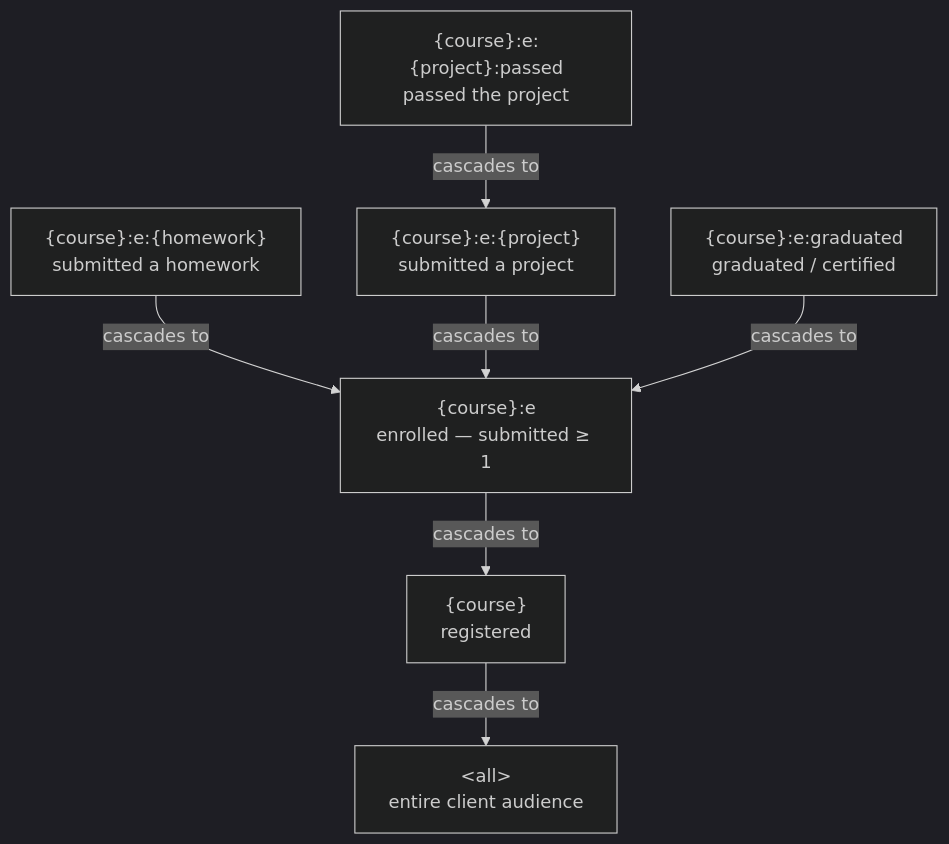
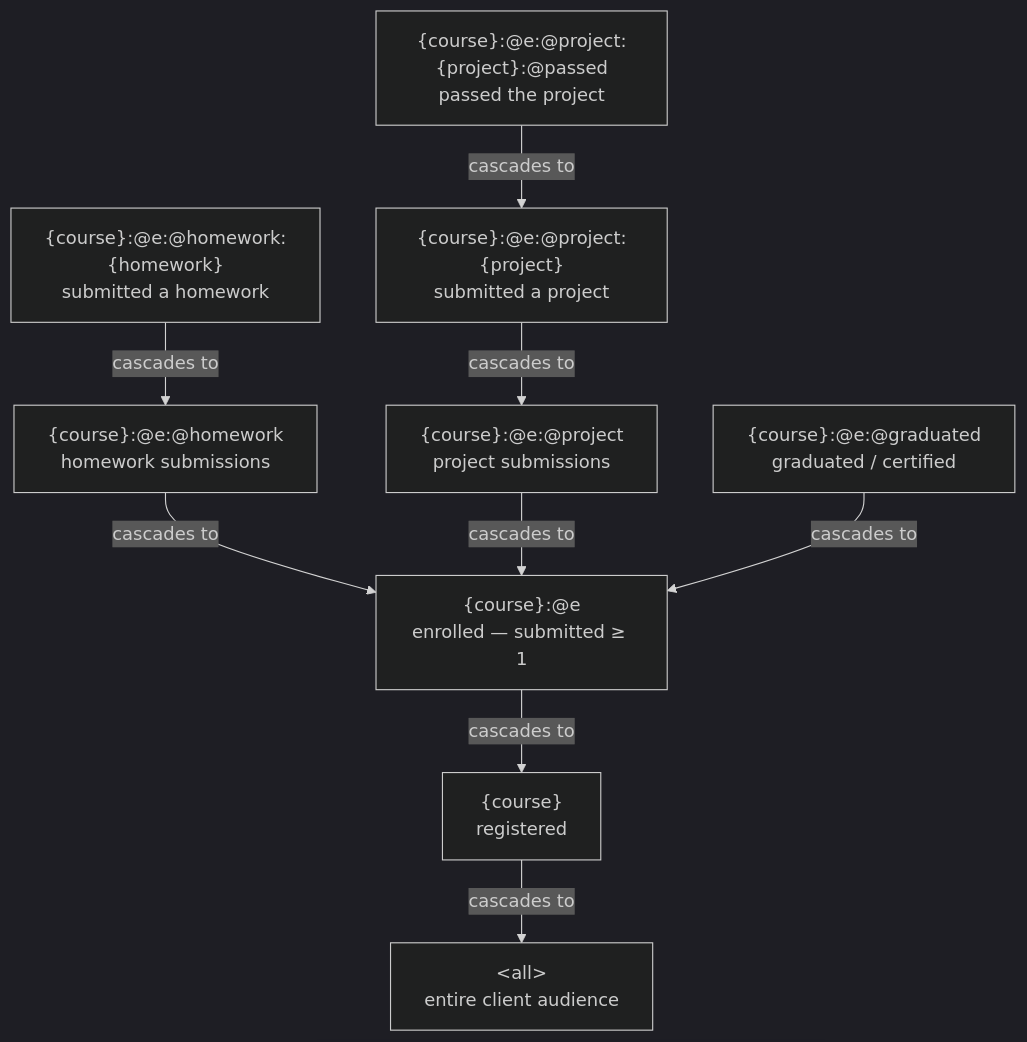
The second of 17 diagrams in docs/datamailer-integration.md (DataTalksClub/course-management-platform), drawn with Mermaid (dark theme) before and after one commit. The commit also changed other lines of this file and 1 other file, not shown here.

````diff
--- a/docs/datamailer-integration.md
+++ b/docs/datamailer-integration.md
@@ -115,17 +137,21 @@
 ```mermaid
 flowchart TD
     ALL["&lt;all&gt;<br/>entire client audience"]
     C["{course}<br/>registered"]
-    E["{course}:e<br/>enrolled — submitted ≥ 1"]
-    HW["{course}:e:{homework}<br/>submitted a homework"]
-    PR["{course}:e:{project}<br/>submitted a project"]
-    PRP["{course}:e:{project}:passed<br/>passed the project"]
-    GRAD["{course}:e:graduated<br/>graduated / certified"]
+    E["{course}:@e<br/>enrolled — submitted ≥ 1"]
+    HWG["{course}:@e:@homework<br/>homework submissions"]
+    HW["{course}:@e:@homework:{homework}<br/>submitted a homework"]
+    PRG["{course}:@e:@project<br/>project submissions"]
+    PR["{course}:@e:@project:{project}<br/>submitted a project"]
+    PRP["{course}:@e:@project:{project}:@passed<br/>passed the project"]
+    GRAD["{course}:@e:@graduated<br/>graduated / certified"]
 
-    HW -->|cascades to| E
-    PR -->|cascades to| E
+    HW -->|cascades to| HWG
+    HWG -->|cascades to| E
+    PR -->|cascades to| PRG
+    PRG -->|cascades to| E
     PRP -->|cascades to| PR
     GRAD -->|cascades to| E
     E -->|cascades to| C
     C -->|cascades to| ALL
 ```
````
